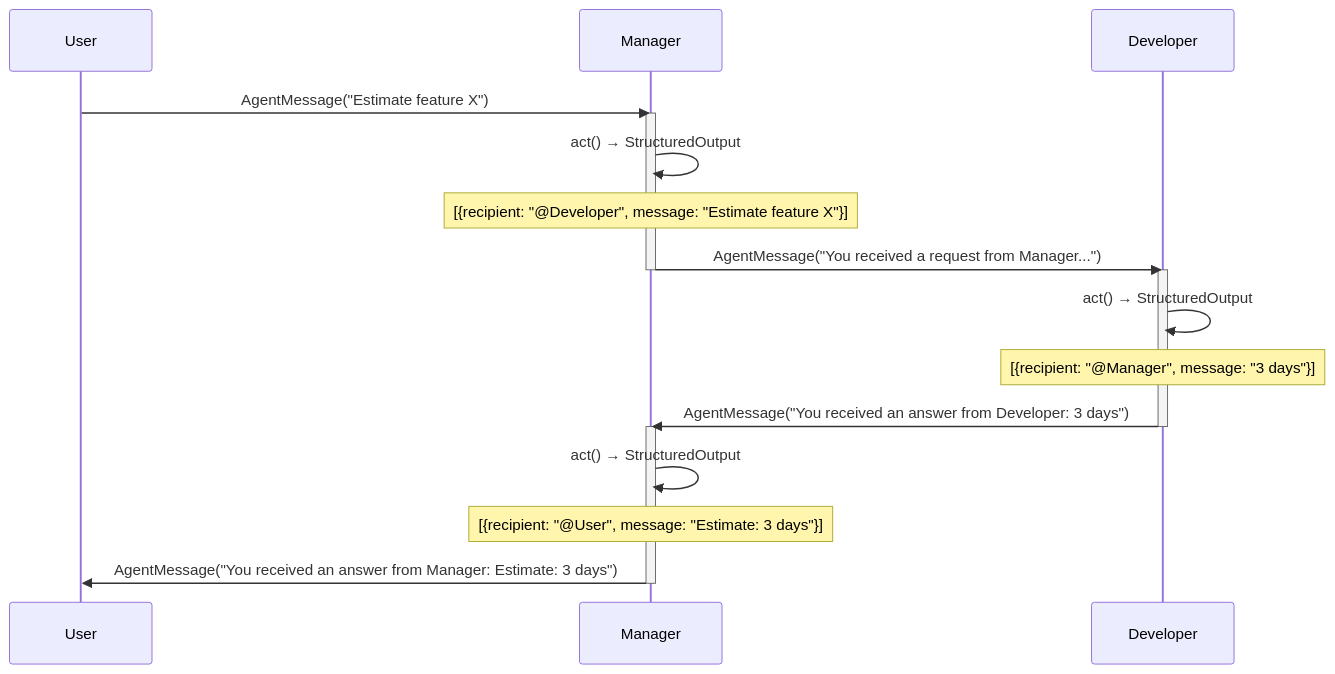
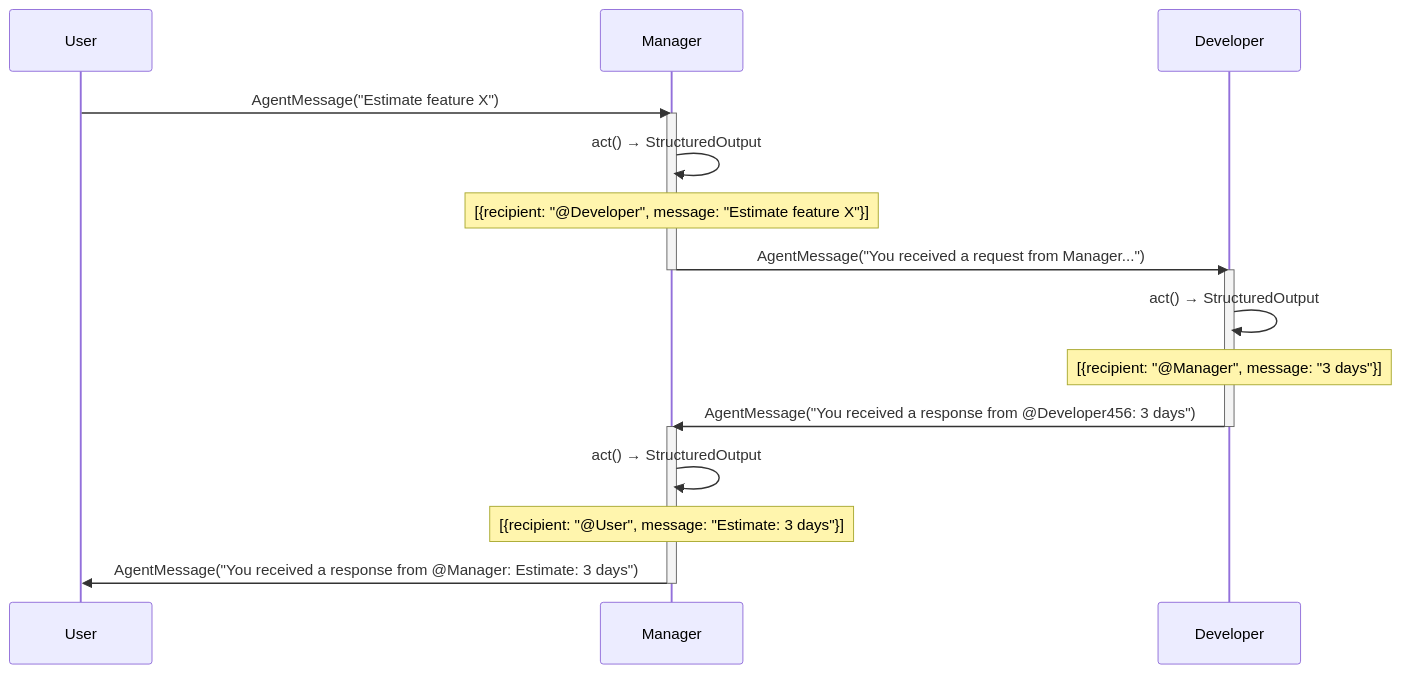
The third of 6 diagrams in docs/agent-collaboration.md (b12consulting/akgentic-agent), drawn with Mermaid before and after one commit. The commit also changed other lines of this file and 4 other files, not shown here.

First line of the commit message:
feat: intent-driven communication model with schema-constrained recipients

````diff
--- a/docs/agent-collaboration.md
+++ b/docs/agent-collaboration.md
@@ -361,25 +364,25 @@
 ```mermaid
 sequenceDiagram
     participant User
     participant Manager
     participant Developer
 
     User->>Manager: AgentMessage("Estimate feature X")
     activate Manager
     Manager->>Manager: act() → StructuredOutput
     Note over Manager: [{recipient: "@Developer", message: "Estimate feature X"}]
     Manager->>Developer: AgentMessage("You received a request from Manager...")
     deactivate Manager
 
     activate Developer
     Developer->>Developer: act() → StructuredOutput
     Note over Developer: [{recipient: "@Manager", message: "3 days"}]
-    Developer->>Manager: AgentMessage("You received an answer from Developer: 3 days")
+    Developer->>Manager: AgentMessage("You received a response from @Developer456: 3 days")
     deactivate Developer
 
     activate Manager
     Manager->>Manager: act() → StructuredOutput
     Note over Manager: [{recipient: "@User", message: "Estimate: 3 days"}]
-    Manager->>User: AgentMessage("You received an answer from Manager: Estimate: 3 days")
+    Manager->>User: AgentMessage("You received a response from @Manager: Estimate: 3 days")
     deactivate Manager
 ```
````
